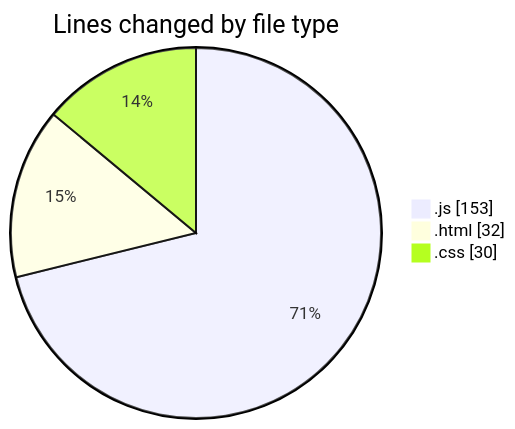
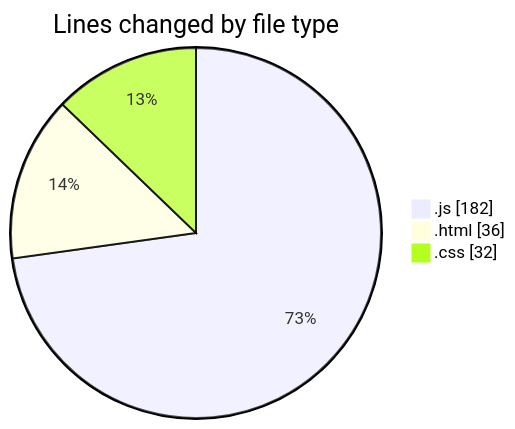
One commit to Ritupan-Deka/code-tracking changed the first of 2 diagrams in 2025-01-24/projects/README.md. Above: the diagram before and after it, drawn with Mermaid. The commit also changed other lines of this file and 1 other file, not shown here.

````diff
--- a/2025-01-24/projects/README.md
+++ b/2025-01-24/projects/README.md
@@ -29,7 +29,7 @@
 ```mermaid
 pie showData
 title Lines changed by file type
-".js" : 153
-".html" : 32
-".css" : 30
+".js" : 182
+".html" : 36
+".css" : 32
 ```
````
